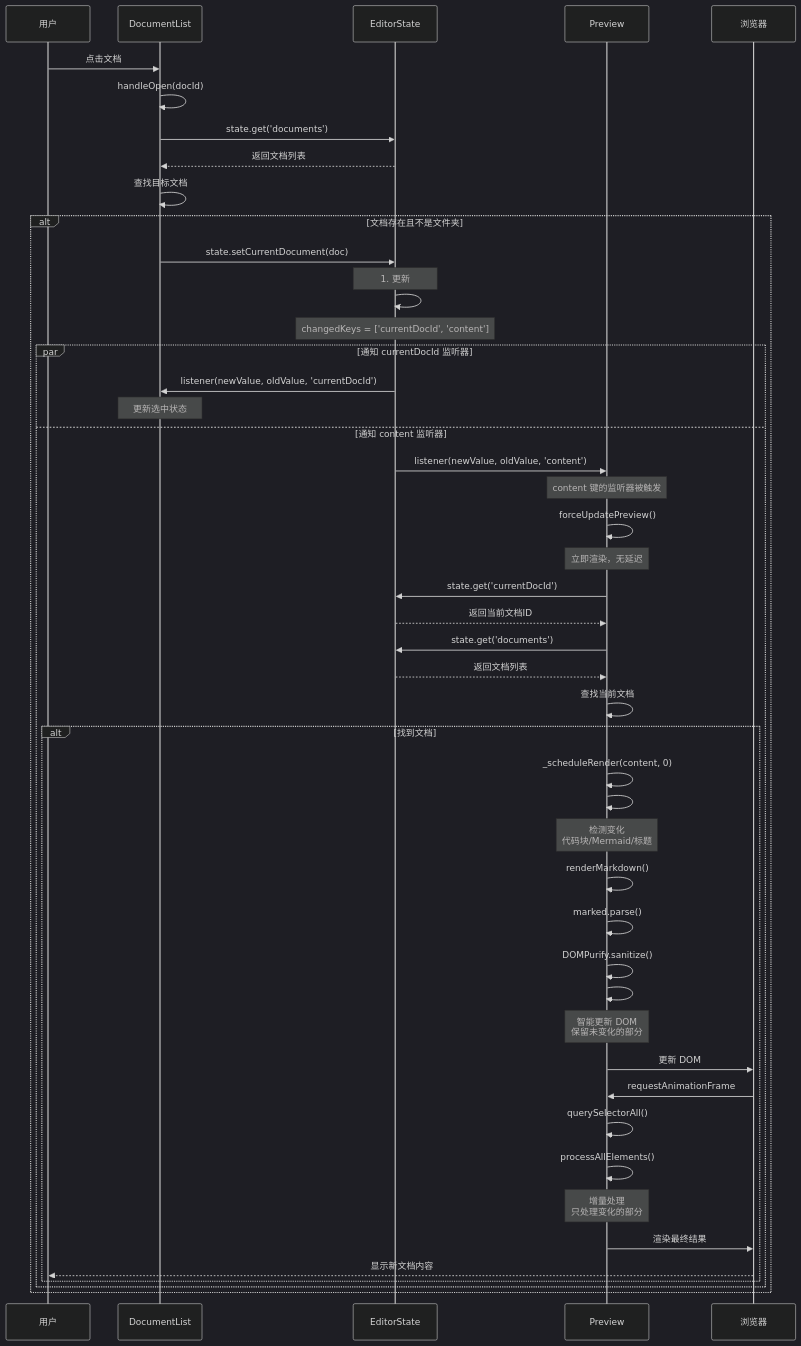
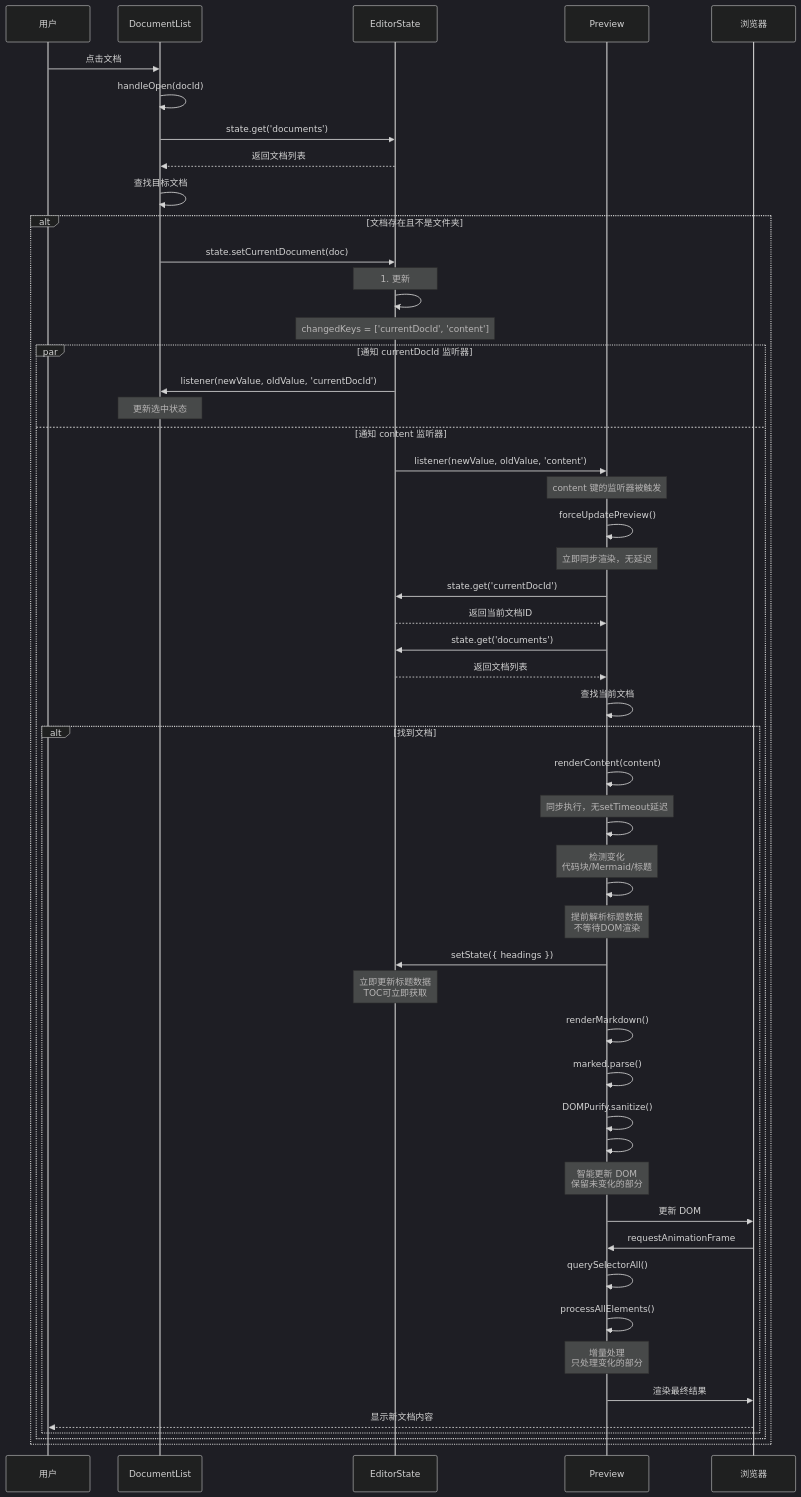
One commit to ZCShou/markdown changed the third of 10 diagrams in docs/preview.md. Above: the diagram before and after it, drawn with Mermaid (dark theme). The commit also changed other lines of this file, not shown here.

````diff
--- a/docs/preview.md
+++ b/docs/preview.md
@@ -233,66 +235,74 @@
 ```mermaid
 sequenceDiagram
     participant User as 用户
     participant DocList as DocumentList
     participant State as EditorState
     participant Preview as Preview
     participant Browser as 浏览器
 
     User->>DocList: 点击文档
     DocList->>DocList: handleOpen(docId)
     
     DocList->>State: state.get('documents')
     State-->>DocList: 返回文档列表
     
     DocList->>DocList: 查找目标文档
     
     alt 文档存在且不是文件夹
         DocList->>State: state.setCurrentDocument(doc)
         Note over State: 1. 更新 #state.currentDocId<br/>2. 更新 #state.content<br/>3. 调用 #notify()
         
         State->>State: #notify(oldState, newState, changedKeys)
         Note over State: changedKeys = ['currentDocId', 'content']
         
         par 通知 currentDocId 监听器
             State->>DocList: listener(newValue, oldValue, 'currentDocId')
             Note over DocList: 更新选中状态
         and 通知 content 监听器
             State->>Preview: listener(newValue, oldValue, 'content')
             Note over Preview: content 键的监听器被触发
             
             Preview->>Preview: forceUpdatePreview()
-            Note over Preview: 立即渲染，无延迟
+            Note over Preview: 立即同步渲染，无延迟
             
             Preview->>State: state.get('currentDocId')
             State-->>Preview: 返回当前文档ID
             
             Preview->>State: state.get('documents')
             State-->>Preview: 返回文档列表
             
             Preview->>Preview: 查找当前文档
             
             alt 找到文档
-                Preview->>Preview: _scheduleRender(content, 0)
+                Preview->>Preview: renderContent(content)
+                Note over Preview: 同步执行，无setTimeout延迟
+                
                 Preview->>Preview: #detectChanges()
                 Note over Preview: 检测变化<br/>代码块/Mermaid/标题
+                
+                Preview->>Preview: #updateHeadingsSync()
+                Note over Preview: 提前解析标题数据<br/>不等待DOM渲染
+                
+                Preview->>State: setState({ headings })
+                Note over State: 立即更新标题数据<br/>TOC可立即获取
                 
                 Preview->>Preview: renderMarkdown()
                 Preview->>Preview: marked.parse()
                 Preview->>Preview: DOMPurify.sanitize()
                 
                 Preview->>Preview: #updateDOMSmart()
                 Note over Preview: 智能更新 DOM<br/>保留未变化的部分
                 
                 Preview->>Browser: 更新 DOM
                 
                 Browser->>Preview: requestAnimationFrame
                 Preview->>Preview: querySelectorAll()
                 Preview->>Preview: processAllElements()
                 Note over Preview: 增量处理<br/>只处理变化的部分
                 
                 Preview->>Browser: 渲染最终结果
                 Browser-->>User: 显示新文档内容
             end
         end
     end
 ```
````
